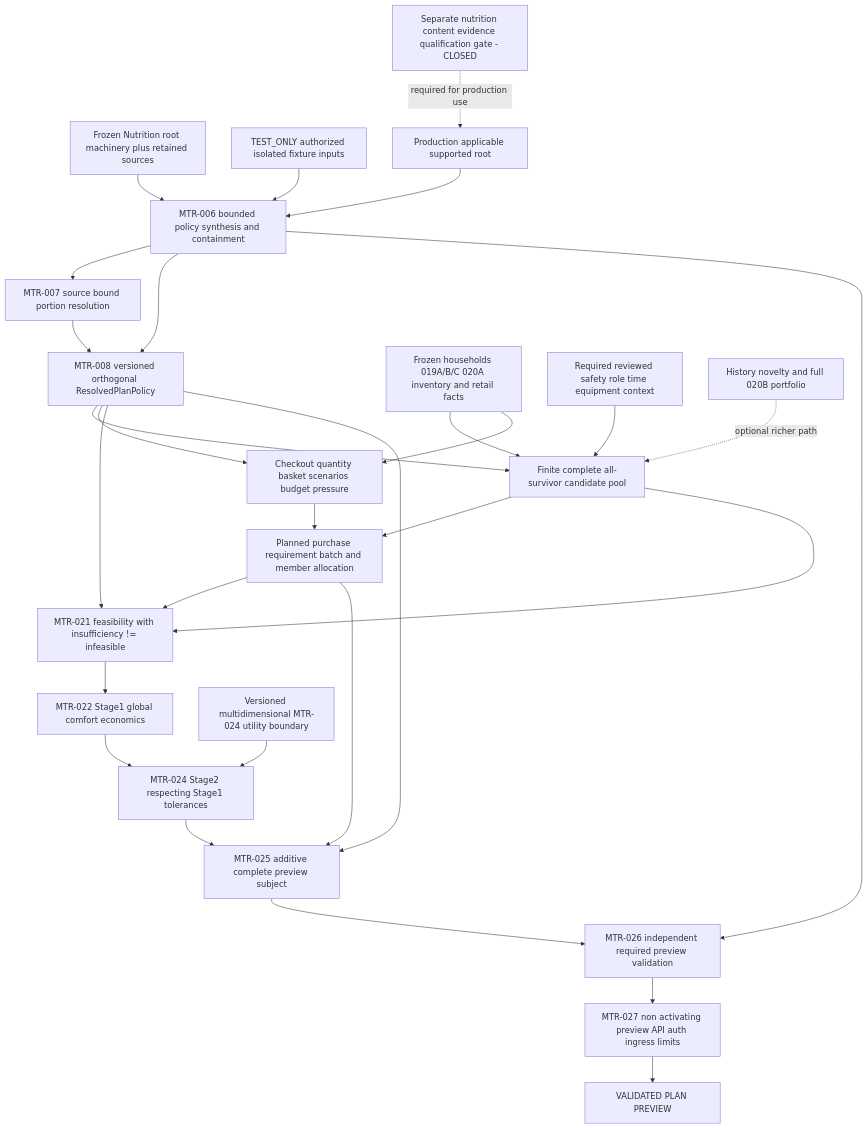
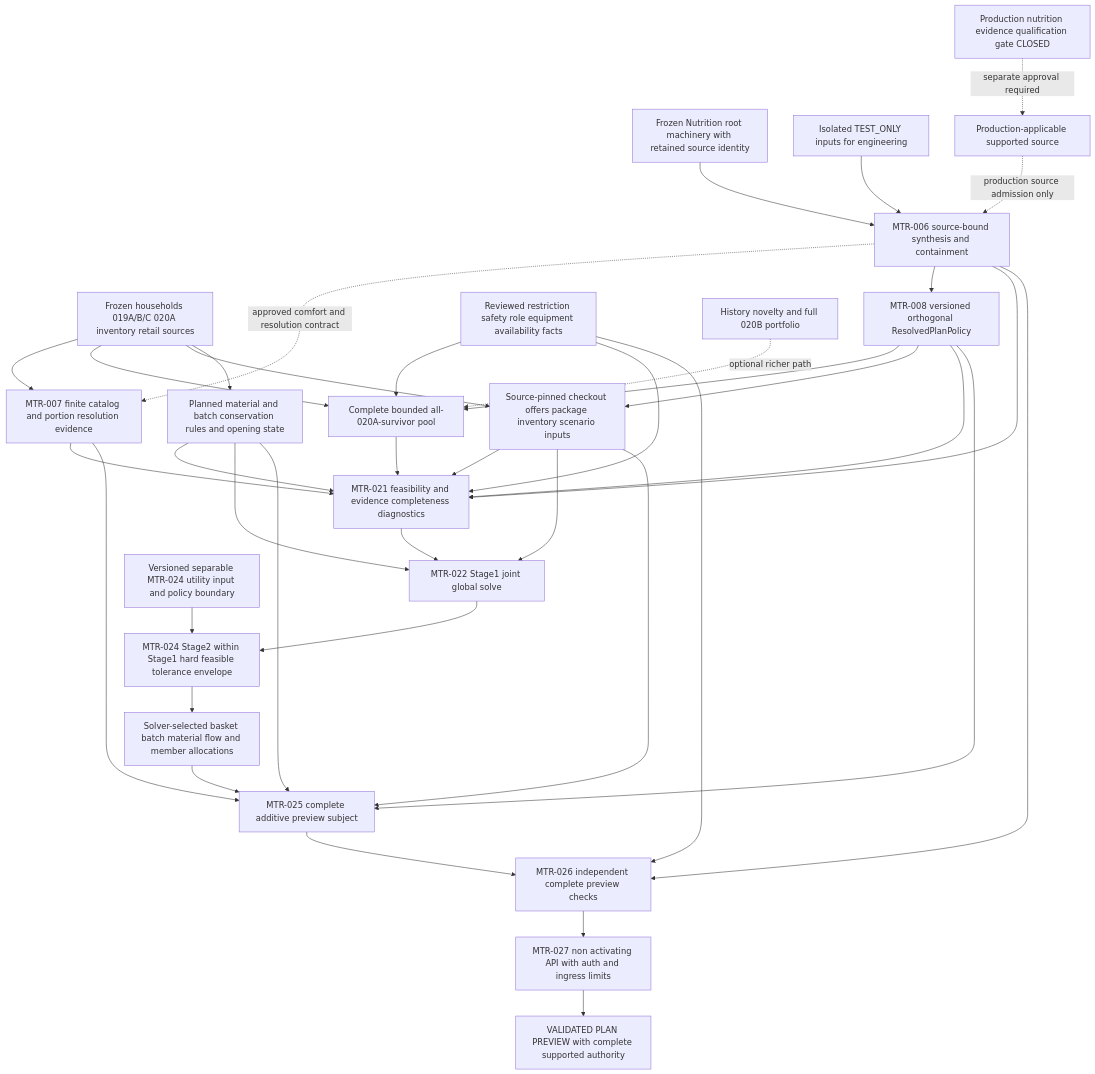
One commit to thedusk4203/Menuto changed the diagram in docs/product/POST_NUTRITION_ROOT_PLANNER_CONVERGENCE_REVIEW.md. Above: the diagram before and after it, drawn with Mermaid. The commit also changed other lines of this file, not shown here.

Commit message:
docs: clarify nutrition rule authority and solver flow after independent review

```diff
--- a/docs/product/POST_NUTRITION_ROOT_PLANNER_CONVERGENCE_REVIEW.md
+++ b/docs/product/POST_NUTRITION_ROOT_PLANNER_CONVERGENCE_REVIEW.md
@@ -135,31 +146,40 @@
 ~~~mermaid
 flowchart TD
-    R[Frozen Nutrition root machinery plus retained sources] --> N[MTR-006 bounded policy synthesis and containment]
-    E[TEST_ONLY authorized isolated fixture inputs] --> N
-    C[Separate nutrition content evidence qualification gate - CLOSED] -. required for production use .-> PROD[Production applicable supported root]
-    PROD --> N
-    N --> NR[MTR-007 source bound portion resolution]
+    R[Frozen Nutrition root machinery with retained source identity] --> N[MTR-006 source-bound synthesis and containment]
+    T[Isolated TEST_ONLY inputs for engineering] --> N
+    C[Production nutrition evidence qualification gate CLOSED] -. separate approval required .-> PR[Production-applicable supported source]
+    PR -. production source admission only .-> N
+    B[Frozen households 019A/B/C 020A inventory retail sources] --> NR[MTR-007 finite catalog and portion resolution evidence]
+    N -. approved comfort and resolution contract .-> NR
     N --> P[MTR-008 versioned orthogonal ResolvedPlanPolicy]
-    NR --> P
-    B[Frozen households 019A/B/C 020A inventory and retail facts] --> POOL[Finite complete all-survivor candidate pool]
+    B --> POOL[Complete bounded all-020A-survivor pool]
+    S[Reviewed restriction safety role equipment availability facts] --> POOL
     P --> POOL
-    S[Required reviewed safety role time equipment context] --> POOL
-    B --> ECO[Checkout quantity basket scenarios budget pressure]
-    P --> ECO
-    POOL --> FLOW[Planned purchase requirement batch and member allocation]
-    ECO --> FLOW
-    P --> V[MTR-021 feasibility with insufficiency != infeasible]
-    FLOW --> V
-    POOL --> V
-    V --> O[MTR-022 Stage1 global comfort economics]
-    U[Versioned multidimensional MTR-024 utility boundary] --> Z[MTR-024 Stage2 respecting Stage1 tolerances]
+    B --> E[Source-pinned checkout offers package inventory scenario inputs]
+    P --> E
+    B --> F[Planned material and batch conservation rules and opening state]
+    POOL --> V[MTR-021 feasibility and evidence completeness diagnostics]
+    P --> V
+    NR --> V
+    S --> V
+    E --> V
+    F --> V
+    N --> V
+    V --> O[MTR-022 Stage1 joint global solve]
+    E --> O
+    F --> O
+    U[Versioned separable MTR-024 utility input and policy boundary] --> Z[MTR-024 Stage2 within Stage1 hard feasible tolerance envelope]
     O --> Z
-    Z --> Q[MTR-025 additive complete preview subject]
+    Z --> D[Solver-selected basket batch material flow and member allocations]
+    D --> Q[MTR-025 complete additive preview subject]
     P --> Q
-    FLOW --> Q
-    Q --> I[MTR-026 independent required preview validation]
+    E --> Q
+    F --> Q
+    NR --> Q
+    Q --> I[MTR-026 independent complete preview checks]
     N --> I
-    I --> A[MTR-027 non activating preview API auth ingress limits]
-    A --> PV[VALIDATED PLAN PREVIEW]
+    S --> I
+    I --> A[MTR-027 non activating API with auth and ingress limits]
+    A --> PV[VALIDATED PLAN PREVIEW with complete supported authority]
     H[History novelty and full 020B portfolio] -. optional richer path .-> POOL
 ~~~
```
